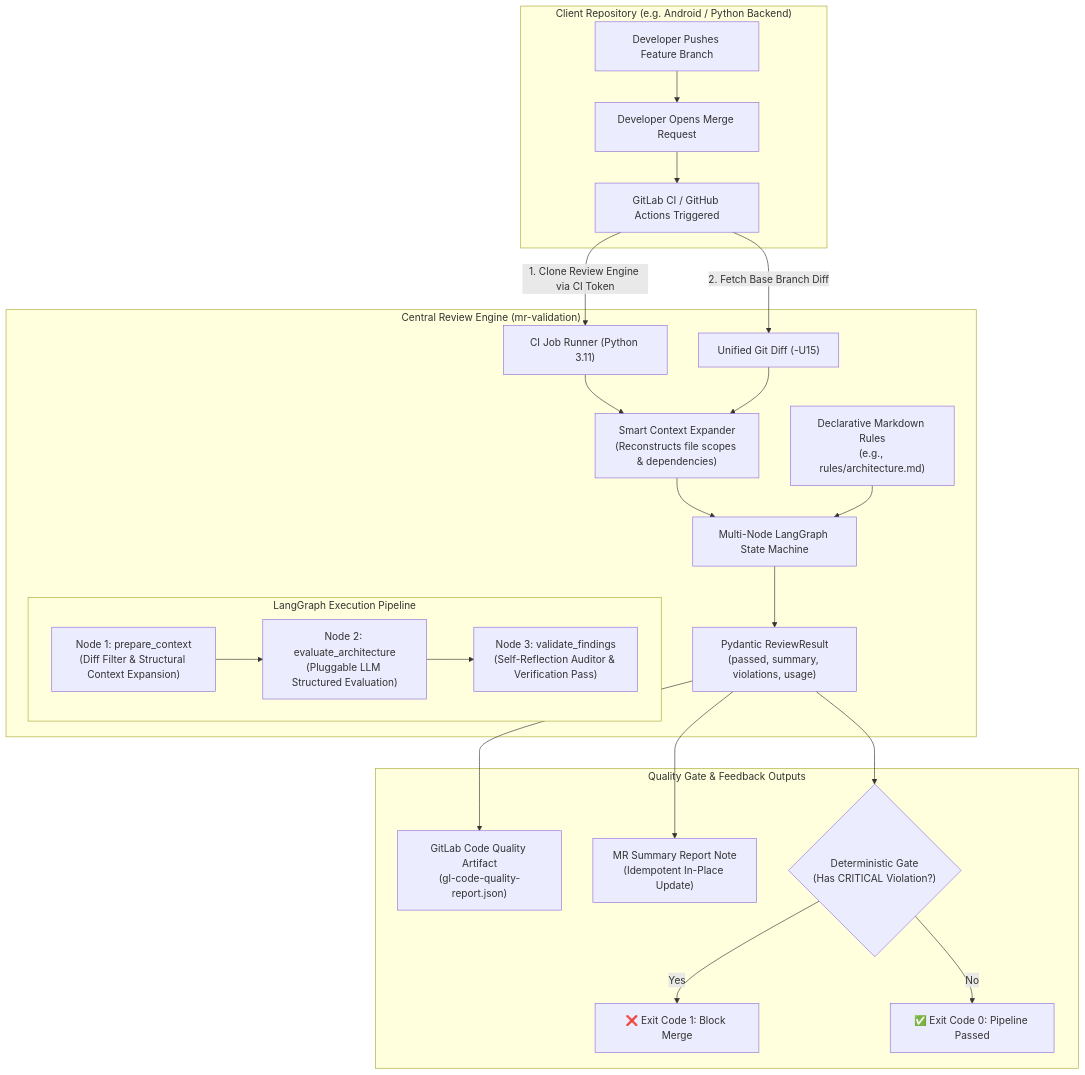
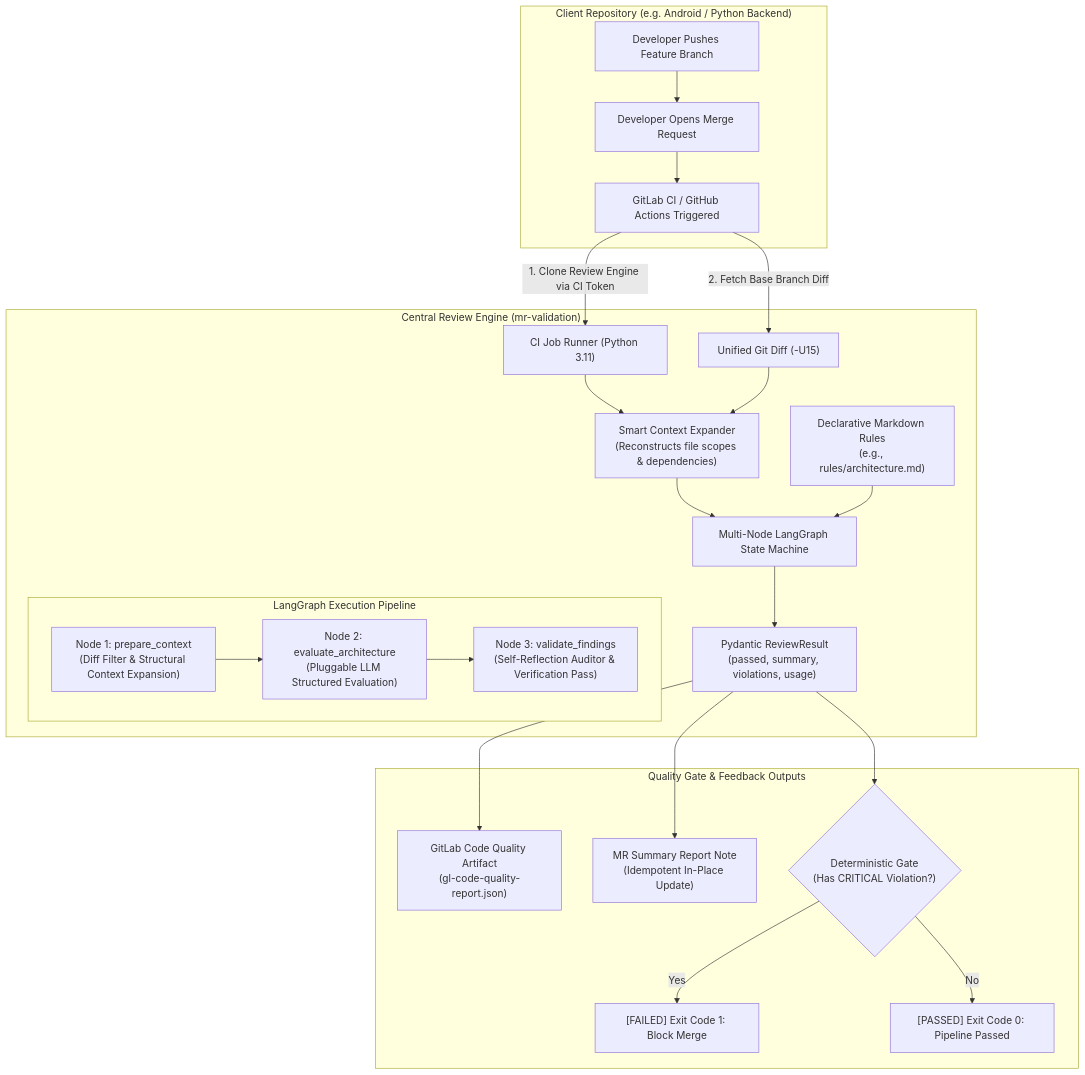
The first of 4 diagrams in README.md (DEBB2002/mr-validation), drawn with Mermaid before and after one commit. The commit also changed other lines of this file and 3 other files, not shown here.

````diff
--- a/README.md
+++ b/README.md
@@ -51,33 +49,33 @@
 ```mermaid
 flowchart TD
     subgraph ClientRepo ["Client Repository (e.g. Android / Python Backend)"]
         Dev["Developer Pushes Feature Branch"] --> OpenMR["Developer Opens Merge Request"]
         OpenMR --> TriggerCI["GitLab CI / GitHub Actions Triggered"]
     end
 
     subgraph CentralEngine ["Central Review Engine (mr-validation)"]
         TriggerCI -->|"1. Clone Review Engine via CI Token"| Runner["CI Job Runner (Python 3.11)"]
         TriggerCI -->|"2. Fetch Base Branch Diff"| GitDiff["Unified Git Diff (-U15)"]
         
         Runner --> ContextEngine["Smart Context Expander\n(Reconstructs file scopes & dependencies)"]
         GitDiff --> ContextEngine
         
         ContextEngine --> StateMachine["Multi-Node LangGraph State Machine"]
         Ruleset["Declarative Markdown Rules\n(e.g., rules/architecture.md)"] --> StateMachine
 
         subgraph GraphNodes ["LangGraph Execution Pipeline"]
             N1["Node 1: prepare_context\n(Diff Filter & Structural Context Expansion)"] --> N2["Node 2: evaluate_architecture\n(Pluggable LLM Structured Evaluation)"]
             N2 --> N3["Node 3: validate_findings\n(Self-Reflection Auditor & Verification Pass)"]
         end
 
         StateMachine --> ResultSchema["Pydantic ReviewResult\n(passed, summary, violations, usage)"]
     end
 
     subgraph CIOutputs ["Quality Gate & Feedback Outputs"]
         ResultSchema --> CodeQuality["GitLab Code Quality Artifact\n(gl-code-quality-report.json)"]
         ResultSchema --> MRBot["MR Summary Report Note\n(Idempotent In-Place Update)"]
         ResultSchema --> QualityGate{"Deterministic Gate\n(Has CRITICAL Violation?)"}
-        QualityGate -->|Yes| GateFail["❌ Exit Code 1: Block Merge"]
-        QualityGate -->|No| GatePass["✅ Exit Code 0: Pipeline Passed"]
+        QualityGate -->|Yes| GateFail["[FAILED] Exit Code 1: Block Merge"]
+        QualityGate -->|No| GatePass["[PASSED] Exit Code 0: Pipeline Passed"]
     end
 ```
````
